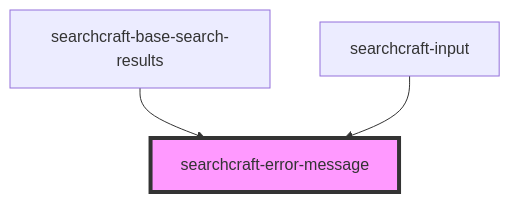
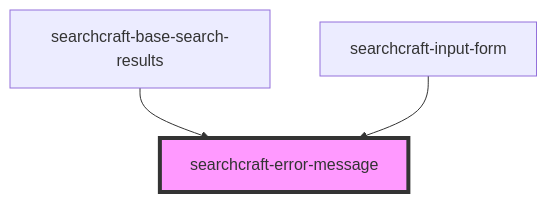
The diagram in packages/javascript-sdk/src/components/searchcraft-error-message/readme.md (searchcraft-inc/searchcraft-javascript-sdks), drawn with Mermaid before and after one commit. The commit also changed other lines of this file and 27 other files, not shown here.

First line of the commit message:
Creates searchcraft-input-form to replace auto-search-form and base-search-form. re:SC-554

````diff
--- a/packages/javascript-sdk/src/components/searchcraft-error-message/readme.md
+++ b/packages/javascript-sdk/src/components/searchcraft-error-message/readme.md
@@ -23,6 +23,6 @@
 ```mermaid
 graph TD;
   searchcraft-base-search-results --> searchcraft-error-message
-  searchcraft-input --> searchcraft-error-message
+  searchcraft-input-form --> searchcraft-error-message
   style searchcraft-error-message fill:#f9f,stroke:#333,stroke-width:4px
 ```
````
